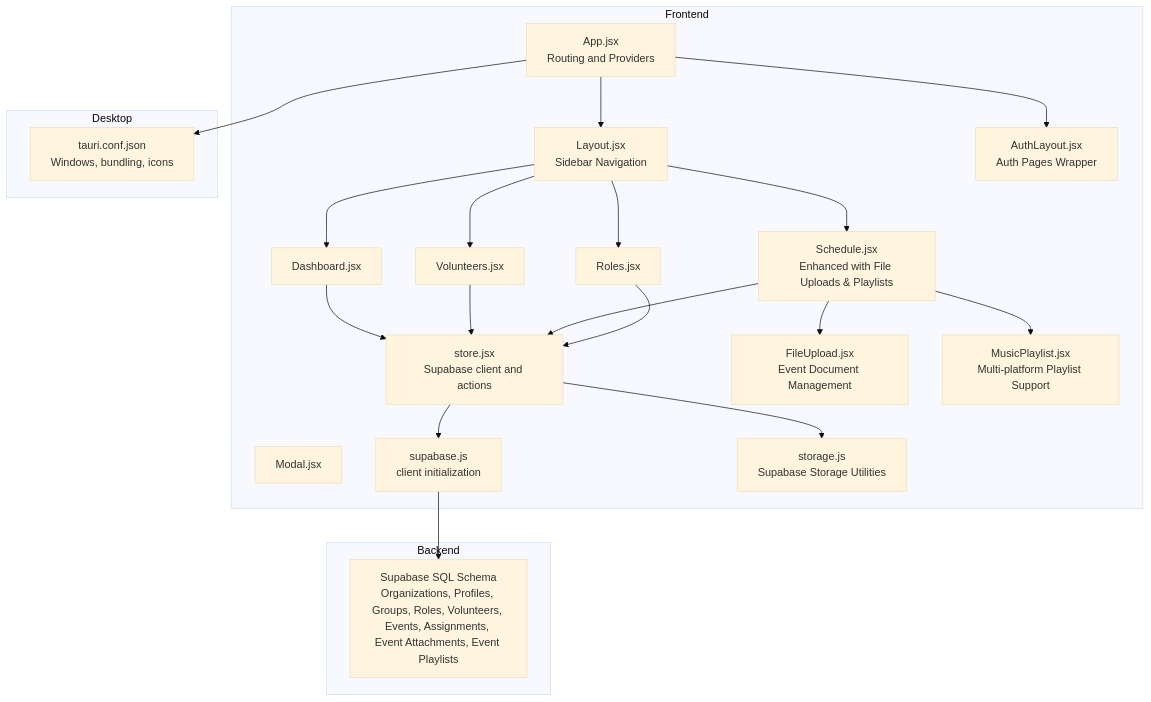
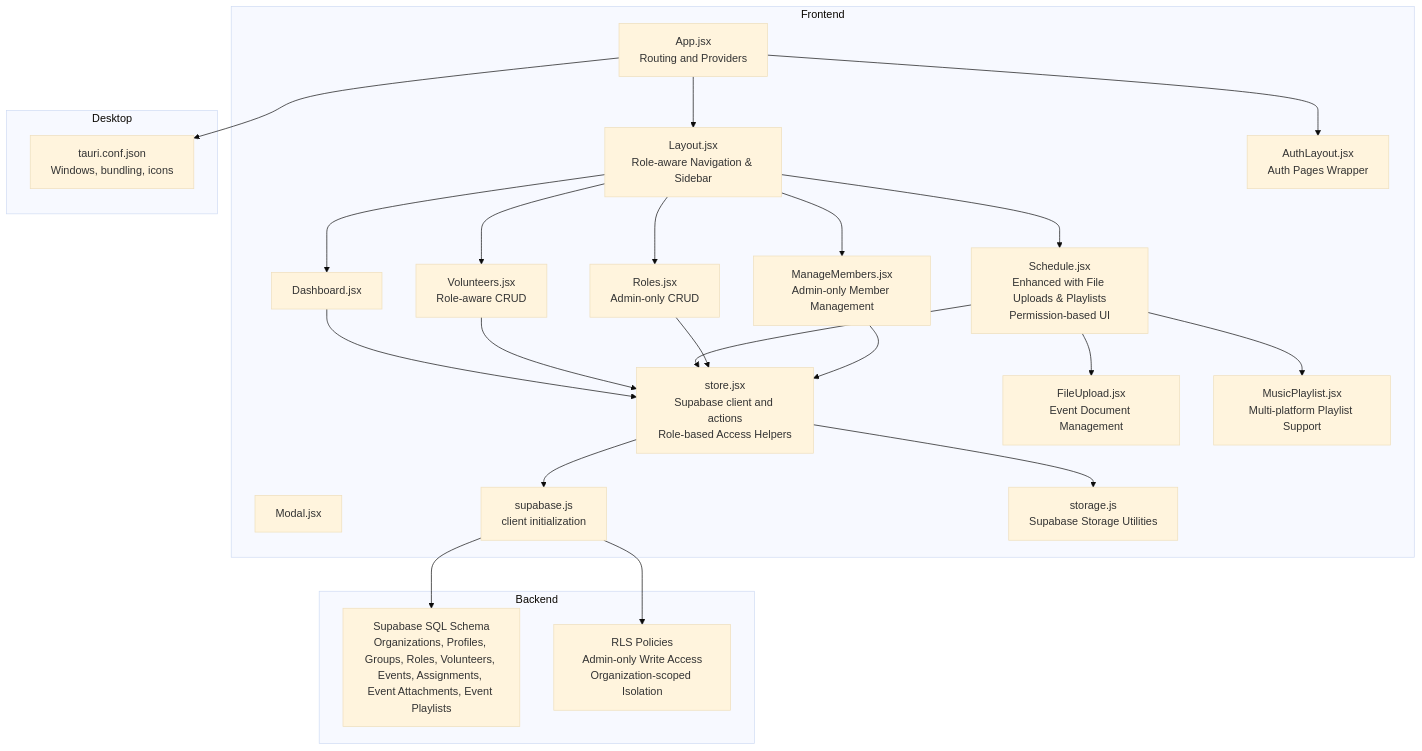
Before and after one commit to netdaniel/serveflow: the first of 12 diagrams in .qoder/repowiki/en/content/Service Scheduling Platform/Service Scheduling Platform.md, drawn with Mermaid (base theme). The commit also changed other lines of this file and 15 other files, not shown here.

````diff
--- a/.qoder/repowiki/en/content/Service Scheduling Platform/Service Scheduling Platform.md
+++ b/.qoder/repowiki/en/content/Service Scheduling Platform/Service Scheduling Platform.md
@@ -60,40 +61,45 @@
 ```mermaid
 graph TB
 subgraph "Frontend"
 A_App["App.jsx<br/>Routing and Providers"]
-A_Layout["Layout.jsx<br/>Sidebar Navigation"]
+A_Layout["Layout.jsx<br/>Role-aware Navigation & Sidebar"]
 A_AuthLayout["AuthLayout.jsx<br/>Auth Pages Wrapper"]
 A_Dashboard["Dashboard.jsx"]
-A_Volunteers["Volunteers.jsx"]
-A_Schedule["Schedule.jsx<br/>Enhanced with File Uploads & Playlists"]
-A_Roles["Roles.jsx"]
+A_Volunteers["Volunteers.jsx<br/>Role-aware CRUD"]
+A_Schedule["Schedule.jsx<br/>Enhanced with File Uploads & Playlists<br/>Permission-based UI"]
+A_Roles["Roles.jsx<br/>Admin-only CRUD"]
+A_ManageMembers["ManageMembers.jsx<br/>Admin-only Member Management"]
 A_Modal["Modal.jsx"]
-A_Store["store.jsx<br/>Supabase client and actions"]
+A_Store["store.jsx<br/>Supabase client and actions<br/>Role-based Access Helpers"]
 A_Supabase["supabase.js<br/>client initialization"]
 A_FileUpload["FileUpload.jsx<br/>Event Document Management"]
 A_MusicPlaylist["MusicPlaylist.jsx<br/>Multi-platform Playlist Support"]
 A_Storage["storage.js<br/>Supabase Storage Utilities"]
 end
 subgraph "Backend"
 B_DB["Supabase SQL Schema<br/>Organizations, Profiles, Groups, Roles, Volunteers, Events, Assignments, Event Attachments, Event Playlists"]
+B_Policies["RLS Policies<br/>Admin-only Write Access<br/>Organization-scoped Isolation"]
 end
 subgraph "Desktop"
 D_Tauri["tauri.conf.json<br/>Windows, bundling, icons"]
 end
 A_App --> A_Layout
 A_App --> A_AuthLayout
 A_Layout --> A_Dashboard
 A_Layout --> A_Volunteers
 A_Layout --> A_Schedule
 A_Layout --> A_Roles
+A_Layout --> A_ManageMembers
 A_Dashboard --> A_Store
 A_Volunteers --> A_Store
 A_Schedule --> A_Store
 A_Roles --> A_Store
+A_ManageMembers --> A_Store
 A_Schedule --> A_FileUpload
 A_Schedule --> A_MusicPlaylist
 A_Store --> A_Supabase
 A_Store --> A_Storage
 A_Supabase --> B_DB
+A_Supabase --> B_Policies
 A_App --> D_Tauri
 ```
````
